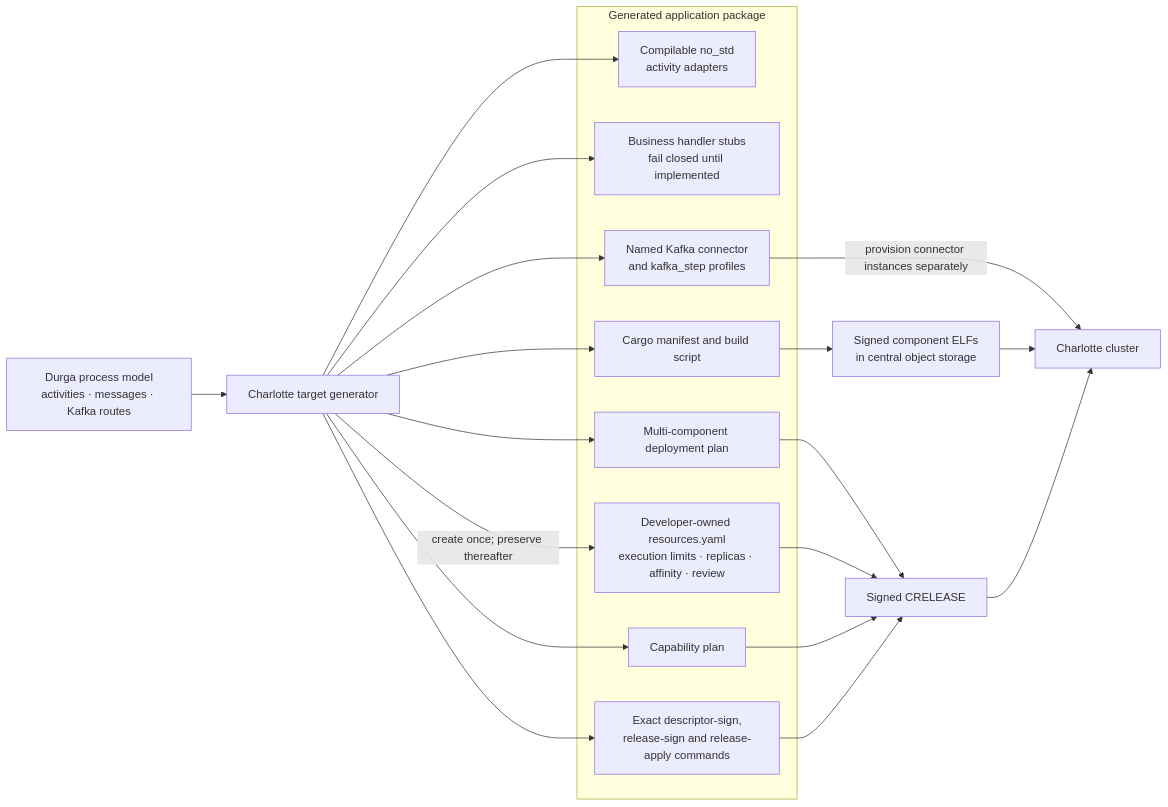
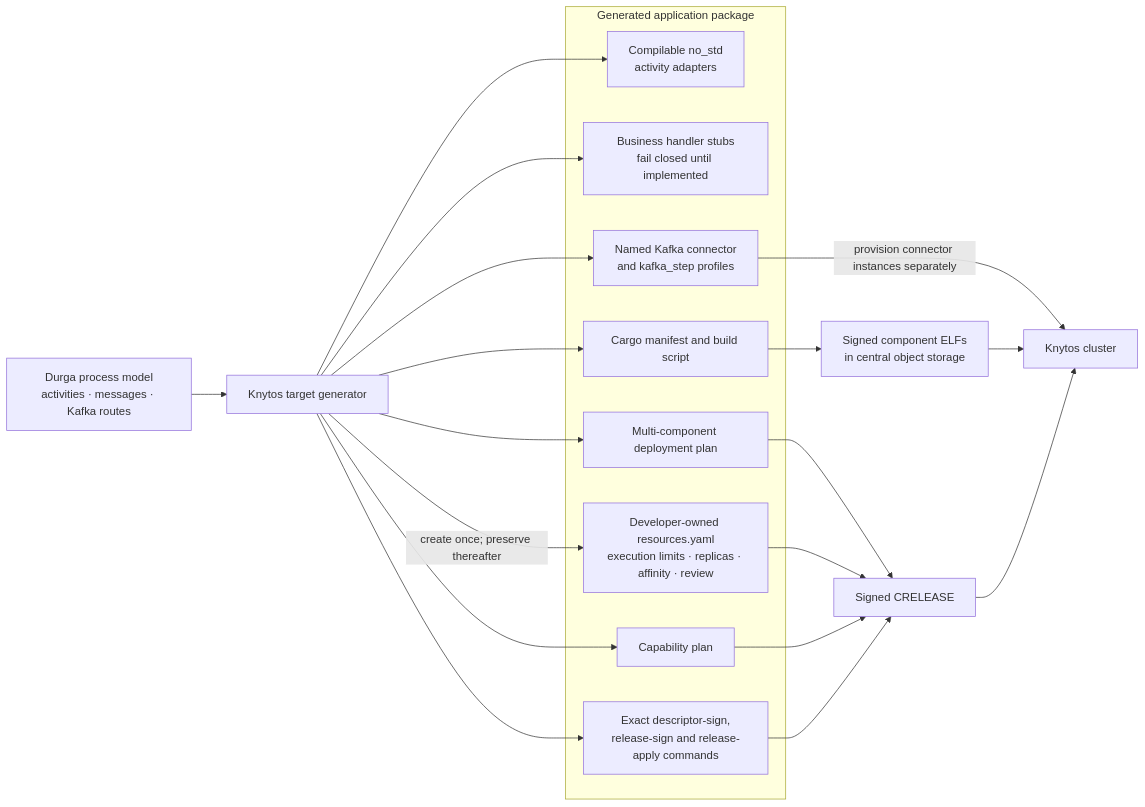
Before and after one commit to FrodeRanders/charlotte-os: diagram 11 of 14 in docs/figures.md, drawn with Mermaid. The commit also changed other lines of this file and 333 other files, not shown here.

````diff
--- a/docs/figures.md
+++ b/docs/figures.md
@@ -500,39 +500,39 @@
 ```mermaid
 flowchart LR
 MODEL["Durga process model<br/>activities · messages · Kafka routes"]
-GEN["Charlotte target generator"]
+GEN["Knytos target generator"]
 
       subgraph OUTPUT["Generated application package"]
           ADAPTERS["Compilable no_std<br/>activity adapters"]
           HANDLERS["Business handler stubs<br/>fail closed until implemented"]
           BUILD["Cargo manifest and build script"]
           RESOURCES["Developer-owned resources.yaml<br/>execution limits · replicas · affinity · review"]
           CAPS["Capability plan"]
           KPROFILES["Named Kafka connector<br/>and kafka_step profiles"]
           PLAN["Multi-component deployment plan"]
           COMMANDS["Exact descriptor-sign,<br/>release-sign and release-apply commands"]
       end
 
       ARTIFACTS["Signed component ELFs<br/>in central object storage"]
       RELEASE["Signed CRELEASE"]
-      CLUSTER["Charlotte cluster"]
+      CLUSTER["Knytos cluster"]
 
       MODEL --> GEN
       GEN --> ADAPTERS
       GEN --> HANDLERS
       GEN --> BUILD
       GEN -->|"create once; preserve thereafter"| RESOURCES
       GEN --> CAPS
       GEN --> KPROFILES
       GEN --> PLAN
       GEN --> COMMANDS
 
       BUILD --> ARTIFACTS
       PLAN --> RELEASE
       RESOURCES --> RELEASE
       CAPS --> RELEASE
       KPROFILES -->|"provision connector instances separately"| CLUSTER
       COMMANDS --> RELEASE
       ARTIFACTS --> CLUSTER
       RELEASE --> CLUSTER
 ```
````
